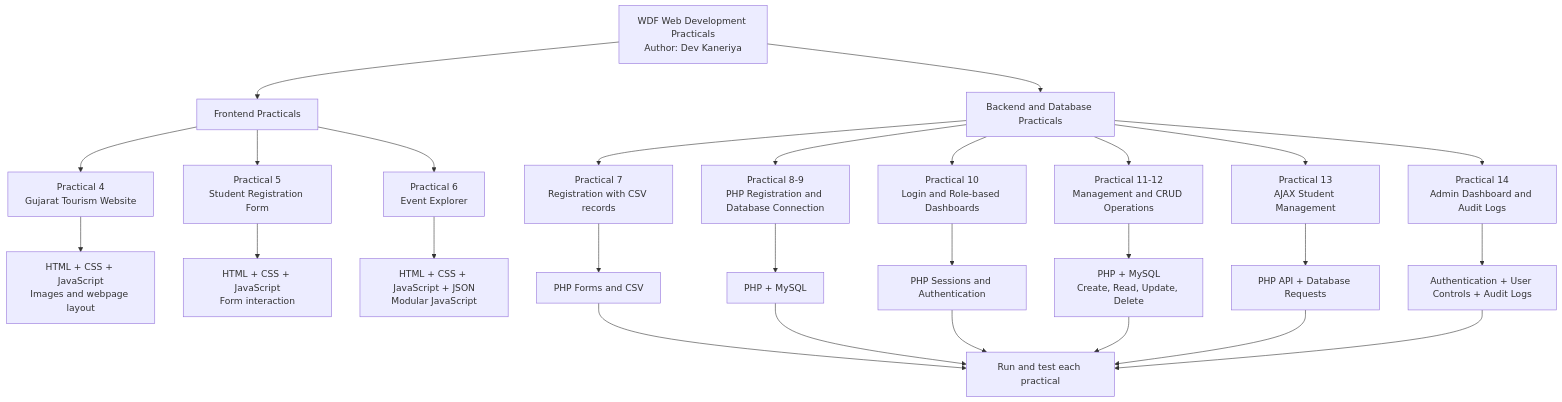
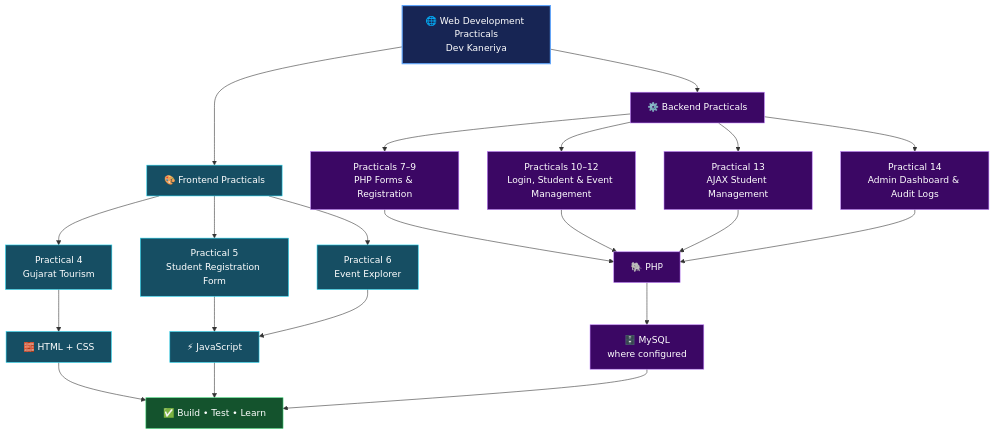
The diagram in README.md (25it040/WDF-Web-development-), drawn with Mermaid before and after one commit. The commit also changed other lines of this file, not shown here.

````diff
--- a/README.md
+++ b/README.md
@@ -35,50 +75,36 @@
 ```mermaid
 flowchart TD
-    A[WDF Web Development Practicals
-Author: Dev Kaneriya]
+    A["🌐 Web Development Practicals<br/>Dev Kaneriya"] --> B["🎨 Frontend Practicals"]
+    A --> C["⚙️ Backend Practicals"]
 
-    A --> B[Frontend Practicals]
-    A --> C[Backend and Database Practicals]
+    B --> D["Practical 4<br/>Gujarat Tourism"]
+    B --> E["Practical 5<br/>Student Registration Form"]
+    B --> F["Practical 6<br/>Event Explorer"]
 
-    B --> D[Practical 4
-Gujarat Tourism Website]
-    B --> E[Practical 5
-Student Registration Form]
-    B --> F[Practical 6
-Event Explorer]
+    C --> G["Practicals 7–9<br/>PHP Forms & Registration"]
+    C --> H["Practicals 10–12<br/>Login, Student & Event Management"]
+    C --> I["Practical 13<br/>AJAX Student Management"]
+    C --> J["Practical 14<br/>Admin Dashboard & Audit Logs"]
 
-    D --> G[HTML + CSS + JavaScript
-Images and webpage layout]
-    E --> H[HTML + CSS + JavaScript
-Form interaction]
-    F --> I[HTML + CSS + JavaScript + JSON
-Modular JavaScript]
+    D --> K["🧱 HTML + CSS"]
+    E --> L["⚡ JavaScript"]
+    F --> L
+    G --> M["🐘 PHP"]
+    H --> M
+    I --> M
+    J --> M
+    M --> N["🗄️ MySQL<br/>where configured"]
 
-    C --> J[Practical 7
-Registration with CSV records]
-    C --> K[Practical 8-9
-PHP Registration and Database Connection]
-    C --> L[Practical 10
-Login and Role-based Dashboards]
-    C --> M[Practical 11-12
-Management and CRUD Operations]
-    C --> N[Practical 13
-AJAX Student Management]
-    C --> O[Practical 14
-Admin Dashboard and Audit Logs]
+    K --> O["✅ Build • Test • Learn"]
+    L --> O
+    N --> O
 
-    J --> P[PHP Forms and CSV]
-    K --> Q[PHP + MySQL]
-    L --> R[PHP Sessions and Authentication]
-    M --> S[PHP + MySQL
-Create, Read, Update, Delete]
-    N --> T[PHP API + Database Requests]
-    O --> U[Authentication + User Controls + Audit Logs]
-
-    P --> V[Run and test each practical]
-    Q --> V
-    R --> V
-    S --> V
-    T --> V
-    U --> V
+    classDef main fill:#172554,stroke:#60a5fa,color:#ffffff,stroke-width:2px;
+    classDef frontend fill:#164e63,stroke:#22d3ee,color:#ffffff;
+    classDef backend fill:#3b0764,stroke:#c084fc,color:#ffffff;
+    classDef outcome fill:#14532d,stroke:#4ade80,color:#ffffff;
+    class A main;
+    class B,D,E,F,K,L frontend;
+    class C,G,H,I,J,M,N backend;
+    class O outcome;
 ```
````
